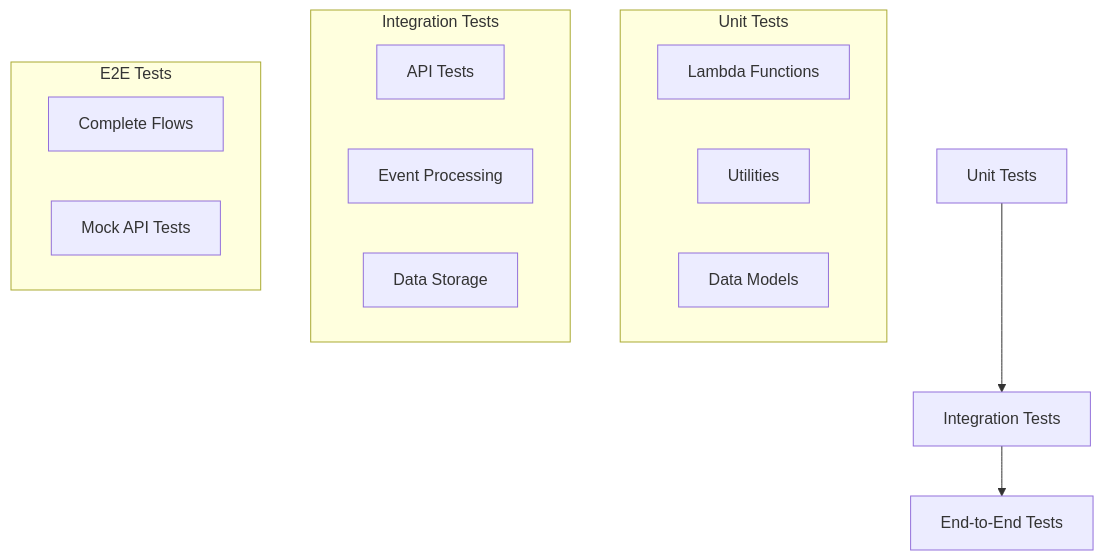
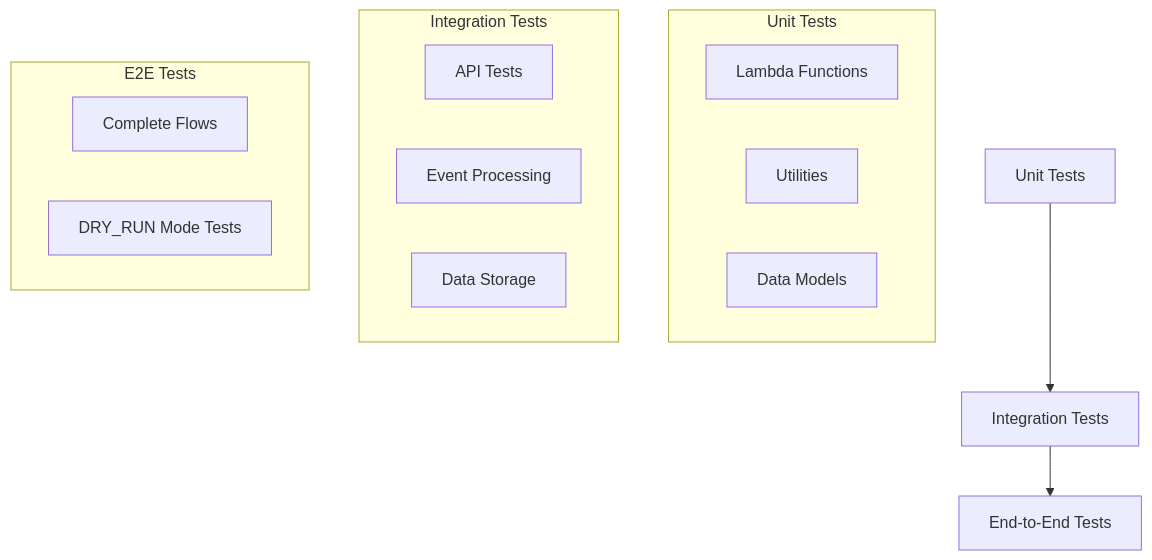
Before and after one commit to amitjainharbinger/aura-assignment: the seventh of 10 diagrams in docs/SOLUTION_APPROACH.md, drawn with Mermaid. The commit also changed other lines of this file and 2 other files, not shown here.

````diff
--- a/docs/SOLUTION_APPROACH.md
+++ b/docs/SOLUTION_APPROACH.md
@@ -237,22 +272,22 @@
 ```mermaid
 graph TB
     Unit[Unit Tests] --> Integration[Integration Tests]
     Integration --> E2E[End-to-End Tests]
     
     subgraph "Unit Tests"
         Functions[Lambda Functions]
         Utils[Utilities]
         Models[Data Models]
     end
     
     subgraph "Integration Tests"
         API[API Tests]
         Events[Event Processing]
         Data[Data Storage]
     end
     
     subgraph "E2E Tests"
         Flow[Complete Flows]
-        Mock[Mock API Tests]
+        DryRun[DRY_RUN Mode Tests]
     end
 ```
````
